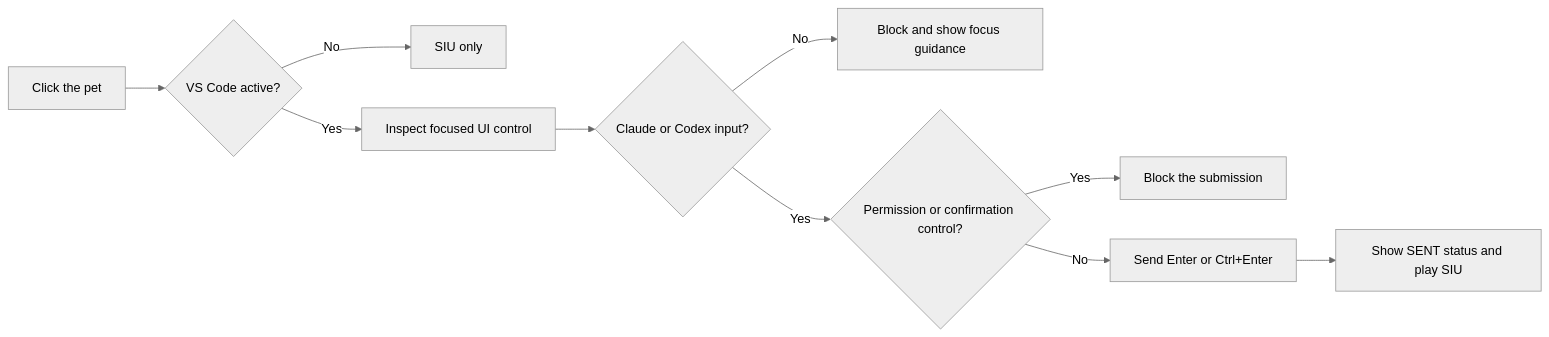
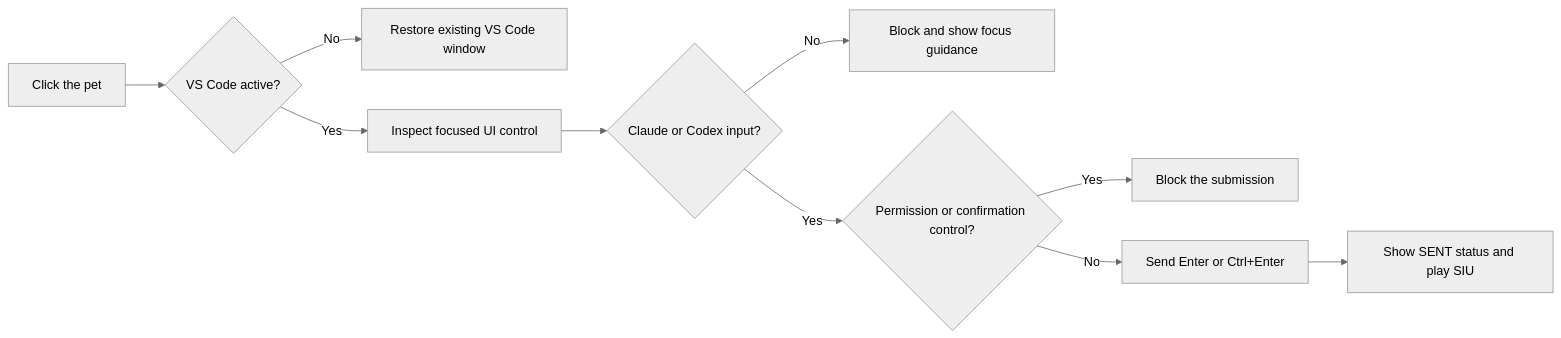
Before and after one commit to ShayChen817/vscode-pet: the diagram in README.md, drawn with Mermaid (neutral theme). The commit also changed other lines of this file and 1 other file, not shown here.

Commit message:
Refine VS Code focus and confirmation flow

````diff
--- a/README.md
+++ b/README.md
@@ -60,12 +58,12 @@
 ```mermaid
 flowchart LR
     A["Click the pet"] --> B{"VS Code active?"}
-    B -- No --> C["SIU only"]
+    B -- No --> C["Restore existing VS Code window"]
     B -- Yes --> D["Inspect focused UI control"]
     D --> E{"Claude or Codex input?"}
     E -- No --> F["Block and show focus guidance"]
     E -- Yes --> G{"Permission or confirmation control?"}
     G -- Yes --> H["Block the submission"]
     G -- No --> I["Send Enter or Ctrl+Enter"]
     I --> J["Show SENT status and play SIU"]
 ```
````
